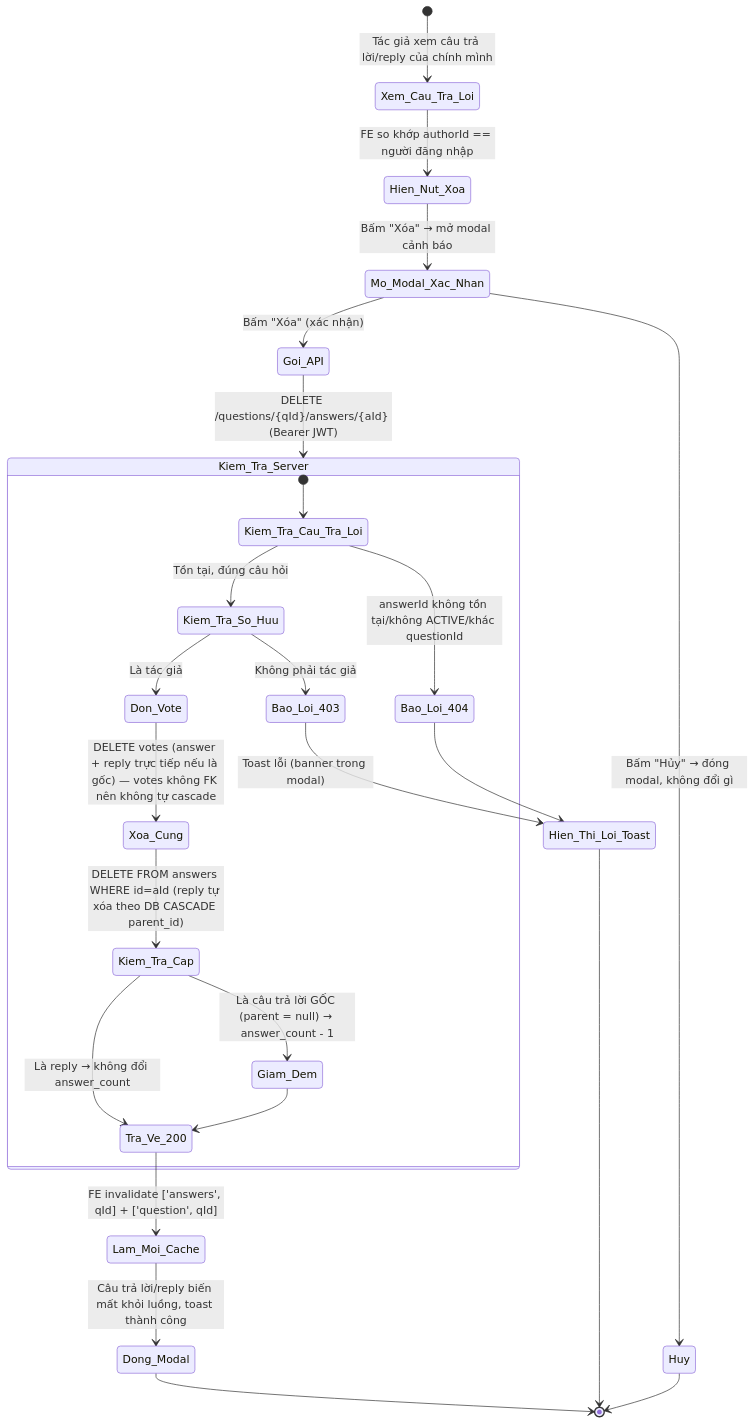
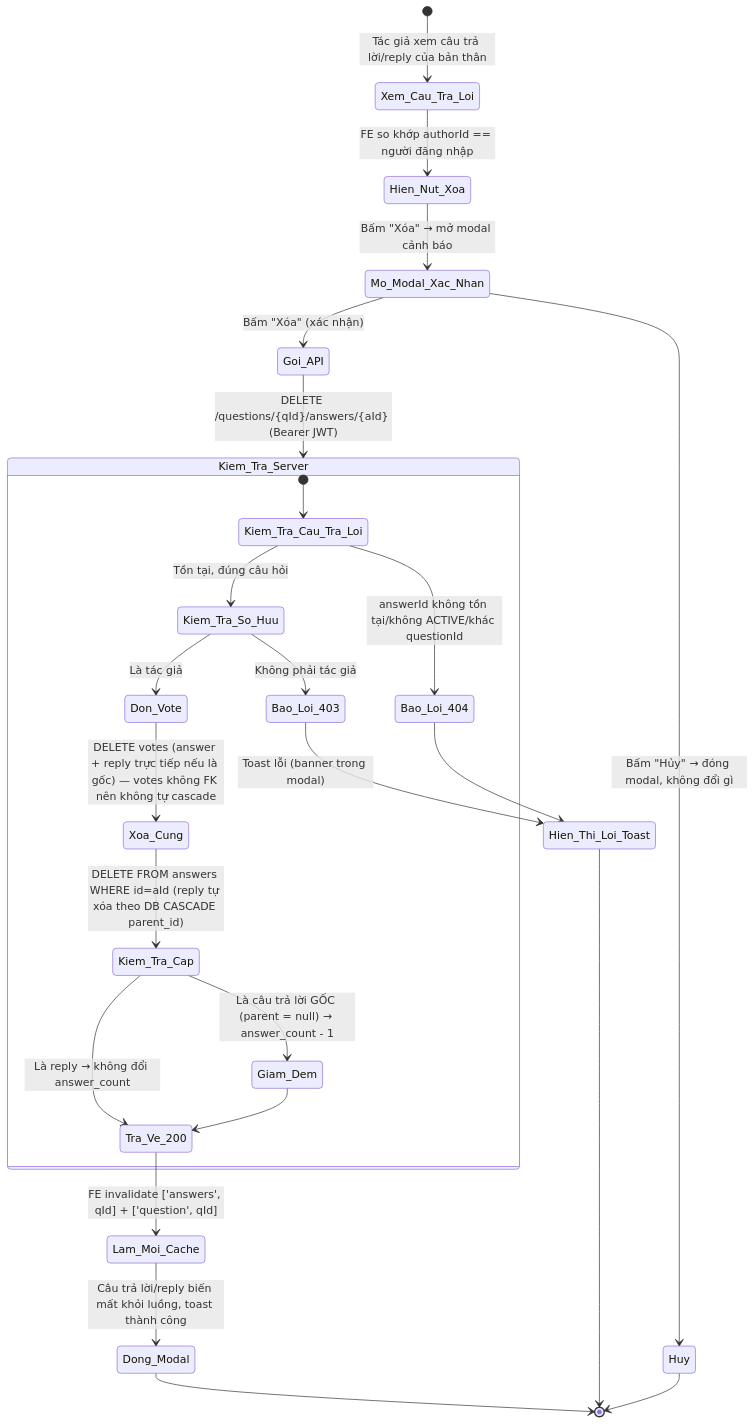
The first of 3 diagrams in docs/update_SRS/SRS_UC_UC49_DeleteAnswer.md (Alumnect/Alumnect), drawn with Mermaid before and after one commit. The commit also changed other lines of this file and 83 other files, not shown here.

````diff
--- a/docs/update_SRS/SRS_UC_UC49_DeleteAnswer.md
+++ b/docs/update_SRS/SRS_UC_UC49_DeleteAnswer.md
@@ -7,32 +7,32 @@
 ```mermaid
 stateDiagram-v2
-    [*] --> Xem_Cau_Tra_Loi : Tác giả xem câu trả lời/reply của chính mình
+    [*] --> Xem_Cau_Tra_Loi : Tác giả xem câu trả lời/reply của bản thân
     Xem_Cau_Tra_Loi --> Hien_Nut_Xoa : FE so khớp authorId == người đăng nhập
     Hien_Nut_Xoa --> Mo_Modal_Xac_Nhan : Bấm "Xóa" → mở modal cảnh báo
 
     Mo_Modal_Xac_Nhan --> Huy : Bấm "Hủy" → đóng modal, không đổi gì
     Mo_Modal_Xac_Nhan --> Goi_API : Bấm "Xóa" (xác nhận)
 
     Goi_API --> Kiem_Tra_Server : DELETE /questions/{qId}/answers/{aId} (Bearer JWT)
 
     state Kiem_Tra_Server {
         [*] --> Kiem_Tra_Cau_Tra_Loi
         Kiem_Tra_Cau_Tra_Loi --> Bao_Loi_404 : answerId không tồn tại/không ACTIVE/khác questionId
         Kiem_Tra_Cau_Tra_Loi --> Kiem_Tra_So_Huu : Tồn tại, đúng câu hỏi
         Kiem_Tra_So_Huu --> Bao_Loi_403 : Không phải tác giả
         Kiem_Tra_So_Huu --> Don_Vote : Là tác giả
         Don_Vote --> Xoa_Cung : DELETE votes (answer + reply trực tiếp nếu là gốc) — votes không FK nên không tự cascade
         Xoa_Cung --> Kiem_Tra_Cap : DELETE FROM answers WHERE id=aId (reply tự xóa theo DB CASCADE parent_id)
         Kiem_Tra_Cap --> Giam_Dem : Là câu trả lời GỐC (parent = null) → answer_count - 1
         Kiem_Tra_Cap --> Tra_Ve_200 : Là reply → không đổi answer_count
         Giam_Dem --> Tra_Ve_200
     }
 
     Bao_Loi_403 --> Hien_Thi_Loi_Toast : Toast lỗi (banner trong modal)
     Bao_Loi_404 --> Hien_Thi_Loi_Toast
     Tra_Ve_200 --> Lam_Moi_Cache : FE invalidate ['answers', qId] + ['question', qId]
     Lam_Moi_Cache --> Dong_Modal : Câu trả lời/reply biến mất khỏi luồng, toast thành công
     Dong_Modal --> [*]
     Hien_Thi_Loi_Toast --> [*]
     Huy --> [*]
 ```
````
